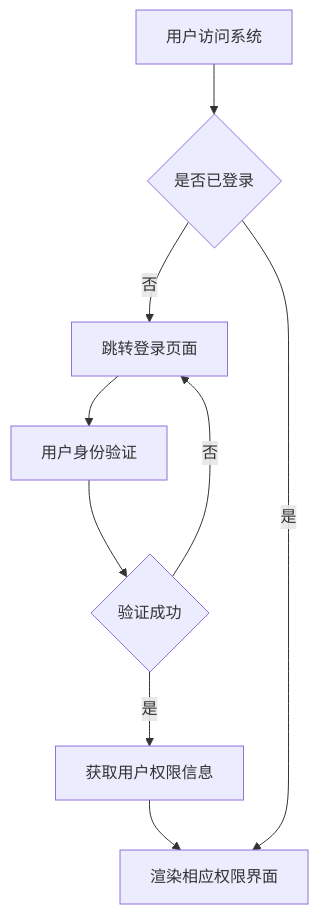
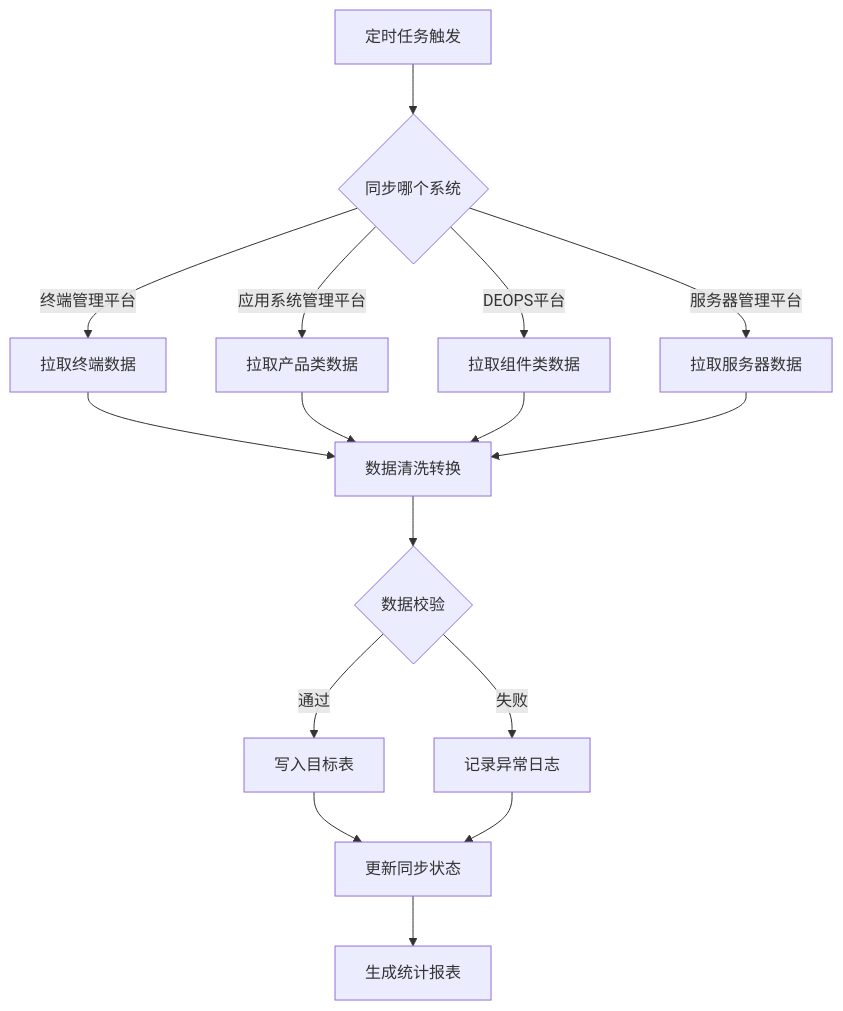
One commit to BeWaterMyFriend7/SKILL-PROJECT changed the first of 3 diagrams in output/doc/technical-design.md. Above: the diagram before and after it, drawn with Mermaid. The commit also changed other lines of this file and 54 other files, not shown here.

````diff
--- a/output/doc/technical-design.md
+++ b/output/doc/technical-design.md
@@ -26,11 +44,22 @@
 ```mermaid
 graph TD
-    A[用户访问系统] --> B{是否已登录}
-    B -->|否| C[跳转登录页面]
-    C --> D[用户身份验证]
-    D --> E{验证成功}
-    E -->|是| F[获取用户权限信息]
-    E -->|否| C
-    F --> G[渲染相应权限界面]
-    B -->|是| G
+    A[定时任务触发] --> B{同步哪个系统}
+    B -->|终端管理平台| C[拉取终端数据]
+    B -->|应用系统管理平台| D[拉取产品类数据]
+    B -->|DEOPS平台| E[拉取组件类数据]
+    B -->|服务器管理平台| F[拉取服务器数据]
+    
+    C --> G[数据清洗转换]
+    D --> G
+    E --> G
+    F --> G
+    
+    G --> H{数据校验}
+    H -->|通过| I[写入目标表]
+    H -->|失败| J[记录异常日志]
+    
+    I --> K[更新同步状态]
+    J --> K
+    
+    K --> L[生成统计报表]
 ```
````
